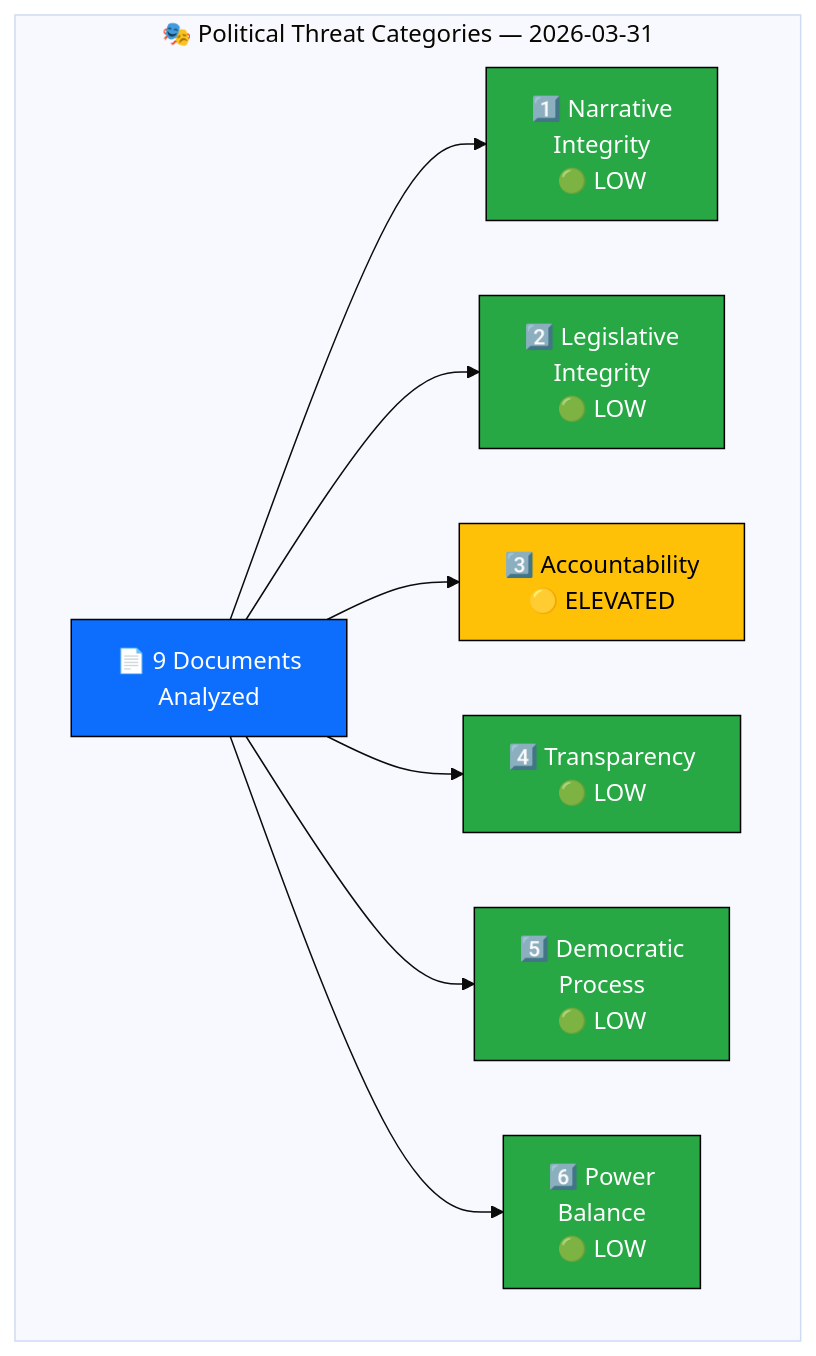
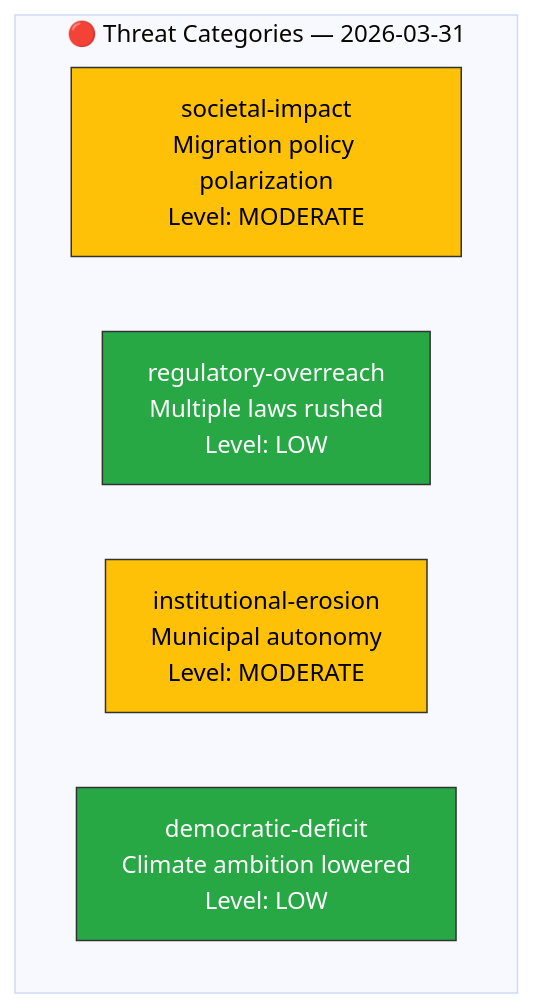
Before and after one commit to Hack23/riksdagsmonitor: the diagram in analysis/daily/2026-03-31/threat-analysis.md, drawn with Mermaid (base theme). The commit also changed other lines of this file and 22 other files, not shown here.

````diff
--- a/analysis/daily/2026-03-31/threat-analysis.md
+++ b/analysis/daily/2026-03-31/threat-analysis.md
@@ -33,25 +17,14 @@
 ```mermaid
 graph TD
-    subgraph "🎭 Political Threat Categories — 2026-03-31"
-        T["📄 9 Documents<br/>Analyzed"]
-        NI["1️⃣ Narrative<br/>Integrity<br/>🟢 LOW"]
-        LI["2️⃣ Legislative<br/>Integrity<br/>🟢 LOW"]
-        AC["3️⃣ Accountability<br/>🟡 ELEVATED"]
-        TR["4️⃣ Transparency<br/>🟢 LOW"]
-        DP["5️⃣ Democratic<br/>Process<br/>🟢 LOW"]
-        PB["6️⃣ Power<br/>Balance<br/>🟢 LOW"]
+    subgraph "🔴 Threat Categories — 2026-03-31"
+        T1["societal-impact<br/>Migration policy polarization<br/>Level: MODERATE"]
+        T2["regulatory-overreach<br/>Multiple laws rushed<br/>Level: LOW"]
+        T3["institutional-erosion<br/>Municipal autonomy<br/>Level: MODERATE"]
+        T4["democratic-deficit<br/>Climate ambition lowered<br/>Level: LOW"]
     end
-    T --> NI
-    T --> LI
-    T --> AC
-    T --> TR
-    T --> DP
-    T --> PB
-    style T fill:#0d6efd,stroke:#000,color:#fff
-    style NI fill:#28a745,stroke:#000,color:#fff
-    style LI fill:#28a745,stroke:#000,color:#fff
-    style AC fill:#ffc107,stroke:#000,color:#000
-    style TR fill:#28a745,stroke:#000,color:#fff
-    style DP fill:#28a745,stroke:#000,color:#fff
-    style PB fill:#28a745,stroke:#000,color:#fff
+
+    style T1 fill:#ffc107,stroke:#333,color:#000
+    style T2 fill:#28a745,stroke:#333,color:#fff
+    style T3 fill:#ffc107,stroke:#333,color:#000
+    style T4 fill:#28a745,stroke:#333,color:#fff
 ```
````
